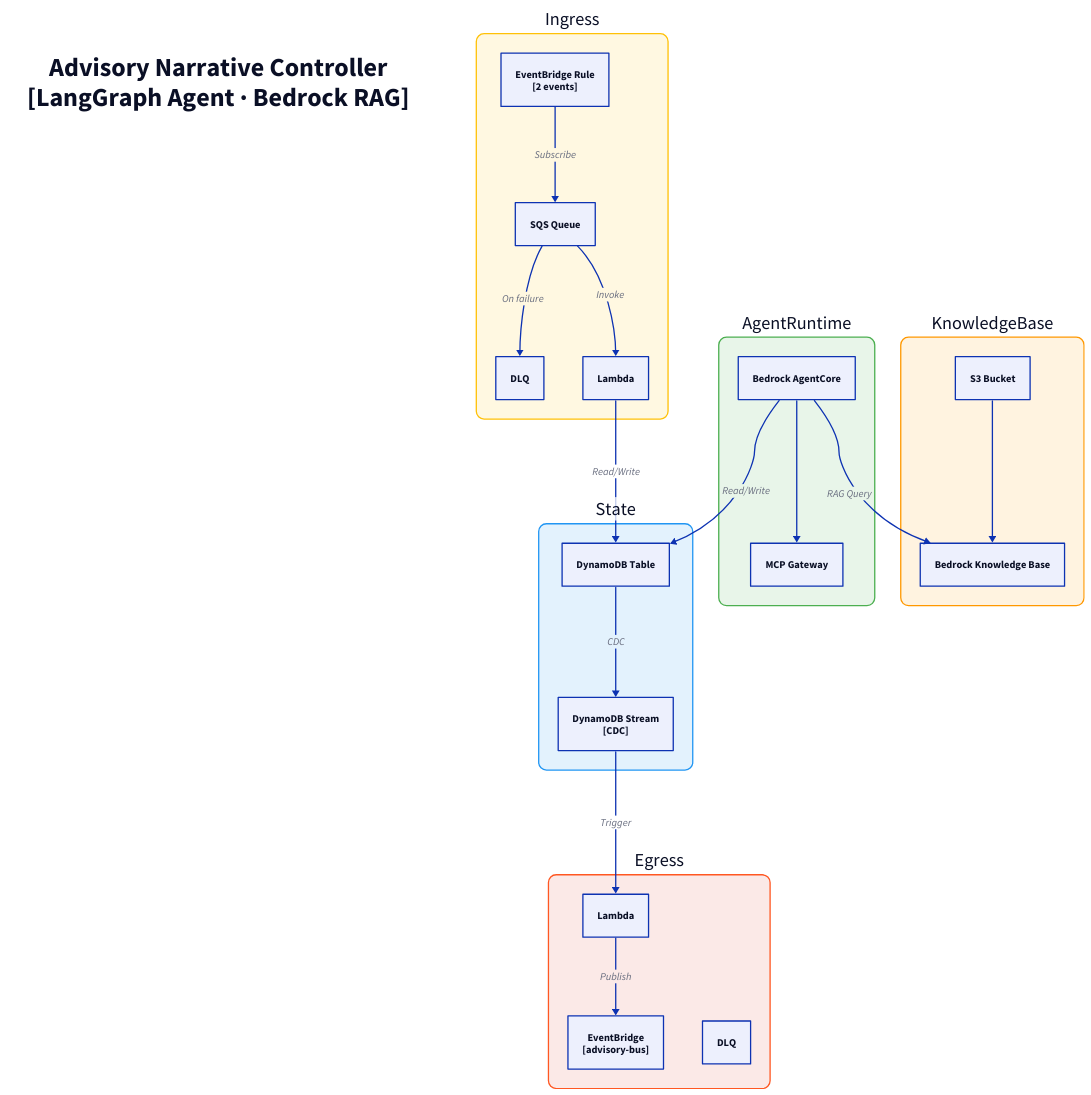
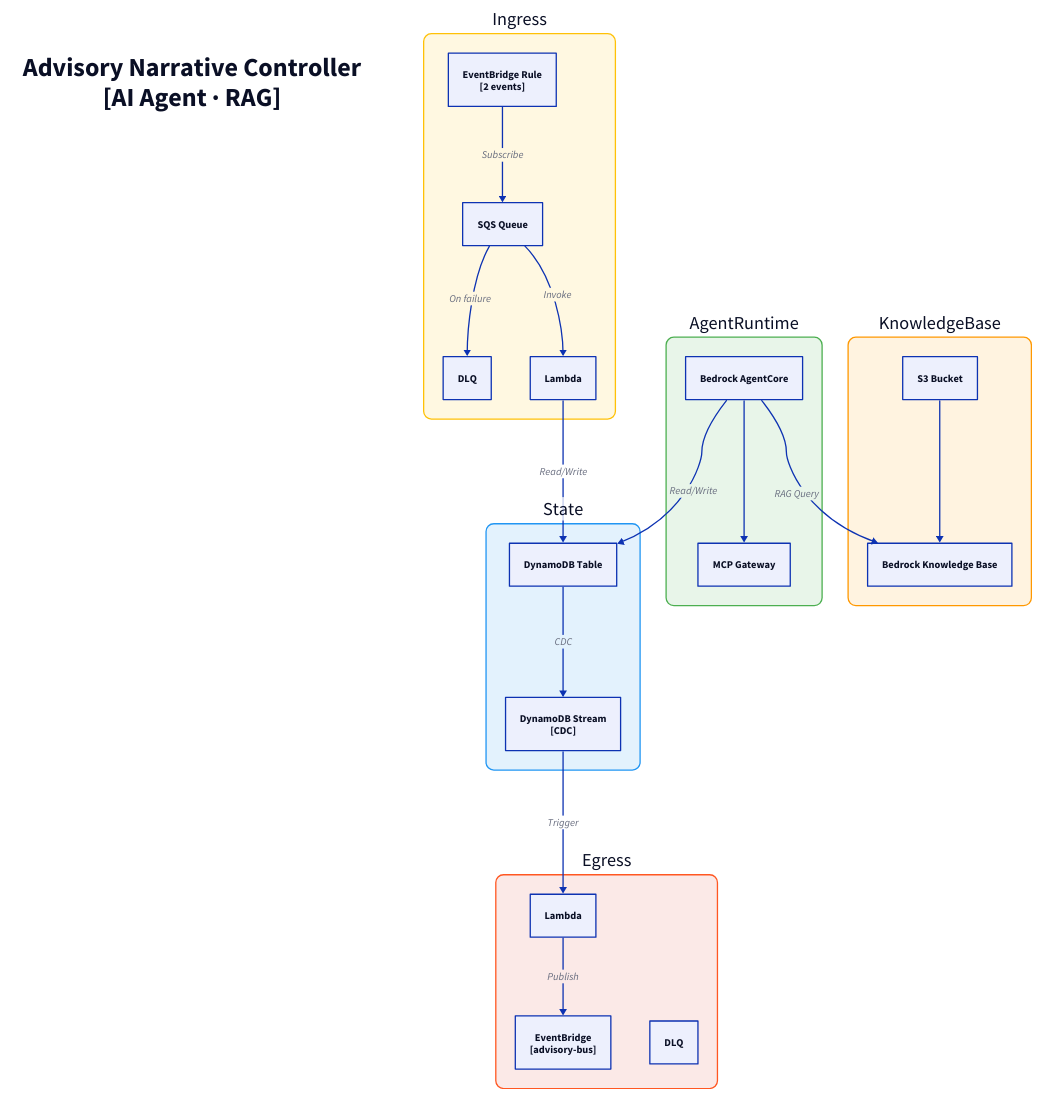
Before and after one commit to fabio-vitali/nestfolio: the diagram in docs/architecture/c3/advisory-narrative-ctrl.d2, drawn with D2. The commit also changed 32 other files, not shown here.

Commit message:
fix: c4 diagram fixes

```diff
--- a/docs/architecture/c3/advisory-narrative-ctrl.d2
+++ b/docs/architecture/c3/advisory-narrative-ctrl.d2
@@ -1,53 +1,53 @@
 direction: down
 
-title: "Advisory Narrative Controller\n[LangGraph Agent · Bedrock RAG]" {
+title: "Advisory Narrative Controller\n[AI Agent · RAG]" {
   style: { font-size: 40; bold: true; fill: transparent; stroke: transparent }
 }
 
 ingress: "Ingress" {
   style: { fill: "#FFF8E1"; stroke: "#FFC107"; border-radius: 12; font-size: 28 }
   rule: "EventBridge Rule\n[2 events]" { class: aws-eventbridge }
   sqs: "SQS Queue" { class: aws-sqs }
   dlq: "DLQ" { class: aws-dlq }
   handler: "Lambda" { class: aws-lambda }
 
   rule -> sqs: Subscribe
   sqs -> handler: Invoke
   sqs -> dlq: On failure
 }
 
 state: "State" {
   style: { fill: "#E3F2FD"; stroke: "#2196F3"; border-radius: 12; font-size: 28 }
   table: "DynamoDB Table" { class: aws-dynamodb }
   stream: "DynamoDB Stream\n[CDC]" { class: aws-ddb-stream }
   table -> stream: CDC
 }
 
 egress: "Egress" {
   style: { fill: "#FBE9E7"; stroke: "#FF5722"; border-radius: 12; font-size: 28 }
   processor: "Lambda" { class: aws-lambda }
   bus: "EventBridge\n[advisory-bus]" { class: aws-eventbridge }
   dlq: "DLQ" { class: aws-dlq }
 
   processor -> bus: Publish
 }
 
 agent-runtime: "AgentRuntime" {
   style: { fill: "#E8F5E9"; stroke: "#4CAF50"; border-radius: 12; font-size: 28 }
   runtime: "Bedrock AgentCore" { class: aws-bedrock }
   gateway: "MCP Gateway" { class: aws-lambda }
   runtime -> gateway
 }
 
 knowledge-base: "KnowledgeBase" {
   style: { fill: "#FFF3E0"; stroke: "#FF9800"; border-radius: 12; font-size: 28 }
   kb: "Bedrock Knowledge Base" { class: aws-bedrock }
   s3: "S3 Bucket" { class: aws-s3 }
   s3 -> kb
 }
 
 # Flows
 ingress.handler -> state.table: Read/Write
 state.stream -> egress.processor: Trigger
 agent-runtime.runtime -> knowledge-base.kb: RAG Query
 agent-runtime.runtime -> state.table: Read/Write
```
